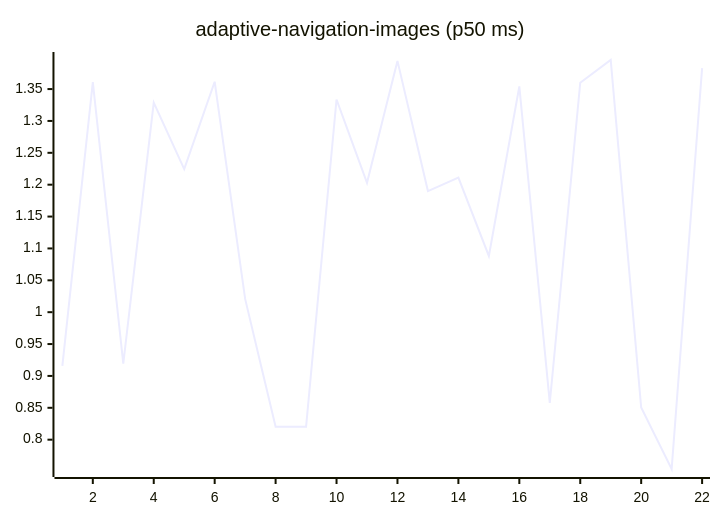
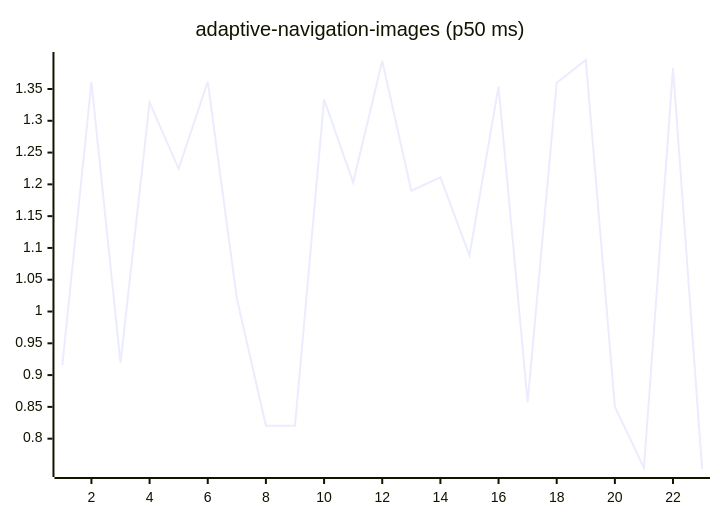
The first of 27 diagrams in README.md (josha/Facet), drawn with Mermaid before and after one commit. The commit also changed other lines of this file and 2 other files, not shown here.

````diff
--- a/README.md
+++ b/README.md
@@ -63,6 +63,6 @@
 ```mermaid
 xychart-beta
     title "adaptive-navigation-images (p50 ms)"
-    x-axis 1 --> 22
-    line [0.9159, 1.3609, 0.9193, 1.3288, 1.2245, 1.3615, 1.0208, 0.8202, 0.8203, 1.3336, 1.2030, 1.3942, 1.1900, 1.2110, 1.0882, 1.3541, 0.8576, 1.3599, 1.3956, 0.8504, 0.7540, 1.3829]
+    x-axis 1 --> 23
+    line [0.9159, 1.3609, 0.9193, 1.3288, 1.2245, 1.3615, 1.0208, 0.8202, 0.8203, 1.3336, 1.2030, 1.3942, 1.1900, 1.2110, 1.0882, 1.3541, 0.8576, 1.3599, 1.3956, 0.8504, 0.7540, 1.3829, 0.7523]
 ```
````
